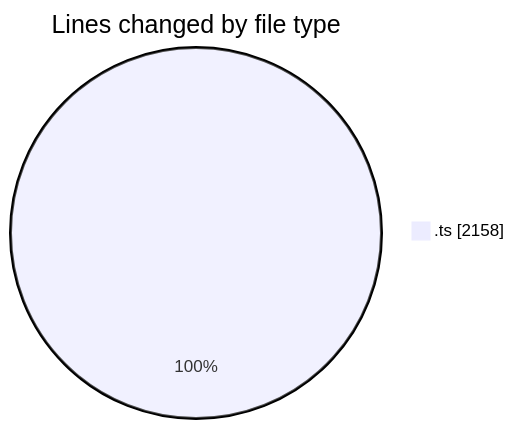
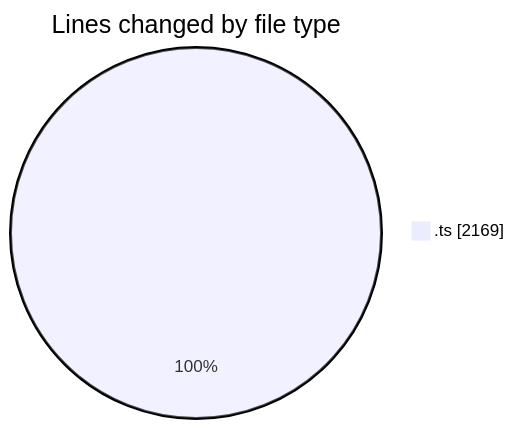
The first of 2 diagrams in 2025-10-23/cda/README.md (momahboobian/code-tracking), drawn with Mermaid before and after one commit. The commit also changed other lines of this file and 1 other file, not shown here.

````diff
--- a/2025-10-23/cda/README.md
+++ b/2025-10-23/cda/README.md
@@ -23,5 +23,5 @@
 ```mermaid
 pie showData
 title Lines changed by file type
-".ts" : 2158
+".ts" : 2169
 ```
````
